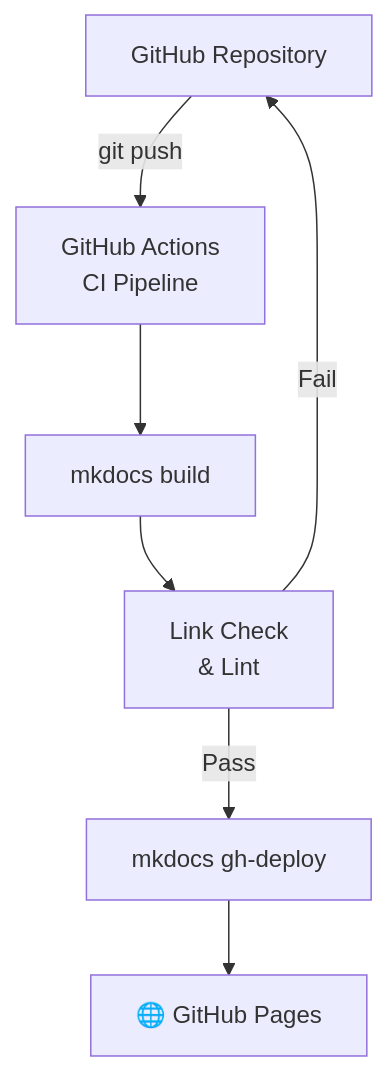
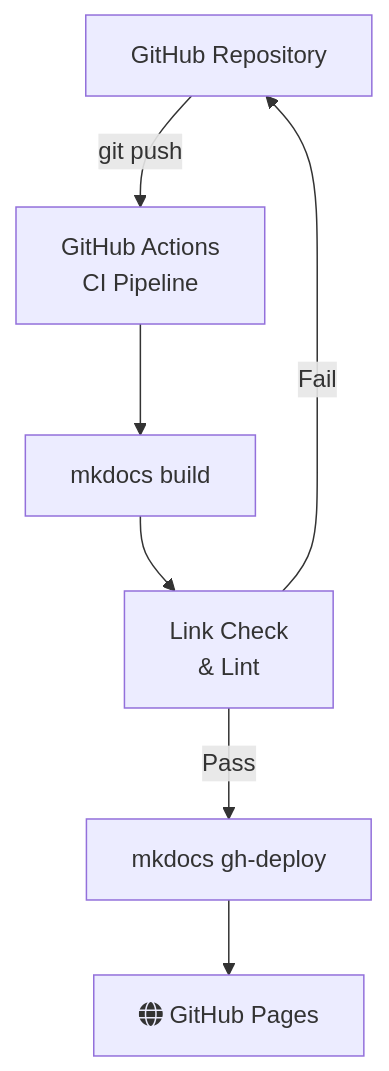
The second of 11 diagrams in docs/showcase/diagrams.md (12shubham/mkdocs-demo), drawn with Mermaid before and after one commit. The commit also changed other lines of this file and 8 other files, not shown here.

Commit message:
refactor: replace all emoji with fa: icons in Mermaid diagrams

````diff
--- a/docs/showcase/diagrams.md
+++ b/docs/showcase/diagrams.md
@@ -29,16 +29,16 @@
 ```mermaid
 graph TD
     REPO["GitHub Repository"]
     CI["GitHub Actions\nCI Pipeline"]
     BUILD["mkdocs build"]
     TEST["Link Check\n& Lint"]
     DEPLOY["mkdocs gh-deploy"]
-    LIVE["🌐 GitHub Pages"]
+    LIVE["fa:fa-globe GitHub Pages"]
 
     REPO -->|"git push"| CI
     CI --> BUILD
     BUILD --> TEST
     TEST -->|Pass| DEPLOY
     TEST -->|Fail| REPO
     DEPLOY --> LIVE
 ```
````
